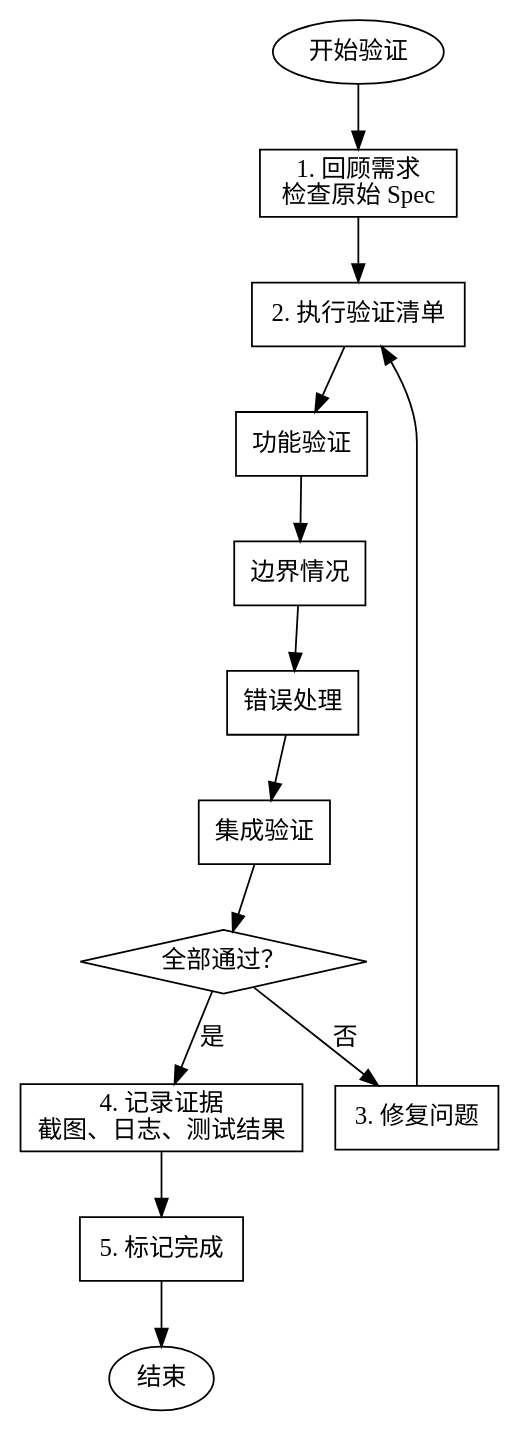
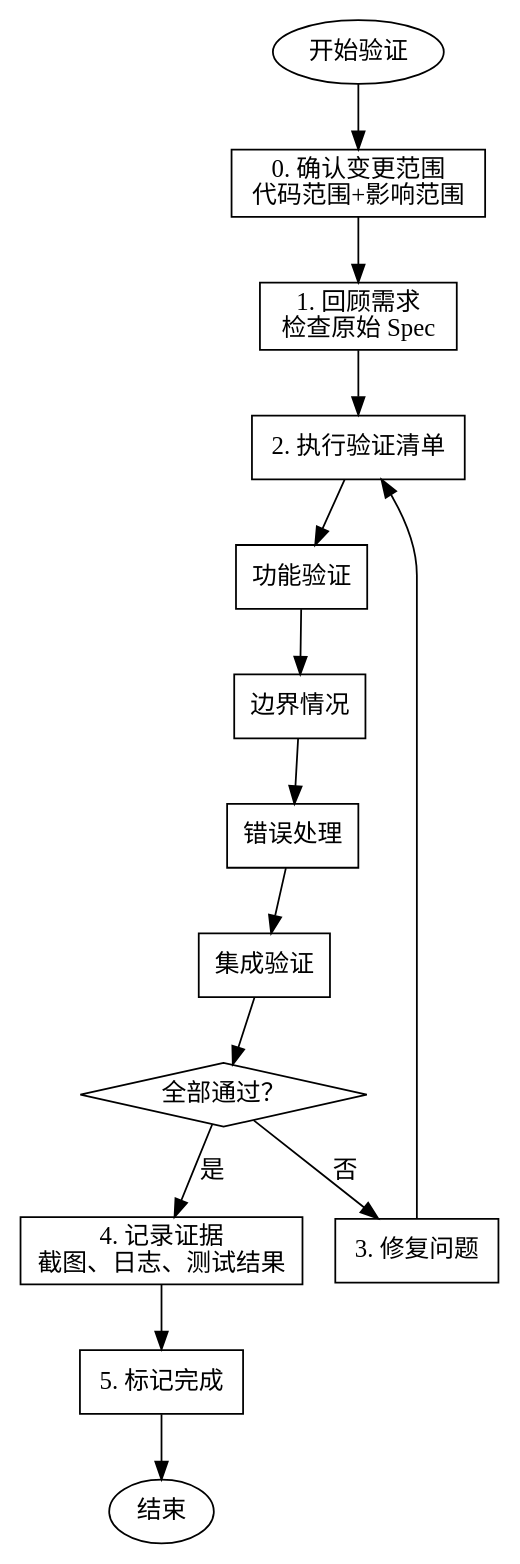
One commit to vaycentsun/sw-superpower changed the second of 2 diagrams in sw-verification-before-completion/SKILL.md. Above: the diagram before and after it, drawn with Graphviz. The commit also changed other lines of this file, not shown here.

First line of the commit message:
refactor: overhaul sw-verification-before-completion with scope confirmation, evidence standards, and regression guards

````diff
--- a/sw-verification-before-completion/SKILL.md
+++ b/sw-verification-before-completion/SKILL.md
@@ -51,31 +52,33 @@
 ```dot
 digraph verification_process {
   rankdir=TB;
-  
+
   start [label="开始验证", shape=ellipse];
+  scope [label="0. 确认变更范围\n代码范围+影响范围", shape=box];
   review_spec [label="1. 回顾需求\n检查原始 Spec", shape=box];
   checklist [label="2. 执行验证清单", shape=box];
   functional [label="功能验证", shape=box];
   edge_cases [label="边界情况", shape=box];
   error_handling [label="错误处理", shape=box];
   integration [label="集成验证", shape=box];
   all_pass [label="全部通过？", shape=diamond];
   fix_issues [label="3. 修复问题", shape=box];
   document [label="4. 记录证据\n截图、日志、测试结果", shape=box];
   mark_complete [label="5. 标记完成", shape=box];
   done [label="结束", shape=ellipse];
-  
-  start -> review_spec;
+
+  start -> scope;
+  scope -> review_spec;
   review_spec -> checklist;
   checklist -> functional;
   functional -> edge_cases;
   edge_cases -> error_handling;
   error_handling -> integration;
   integration -> all_pass;
   all_pass -> fix_issues [label="否"];
   fix_issues -> checklist;
   all_pass -> document [label="是"];
   document -> mark_complete;
   mark_complete -> done;
 }
 ```
````
